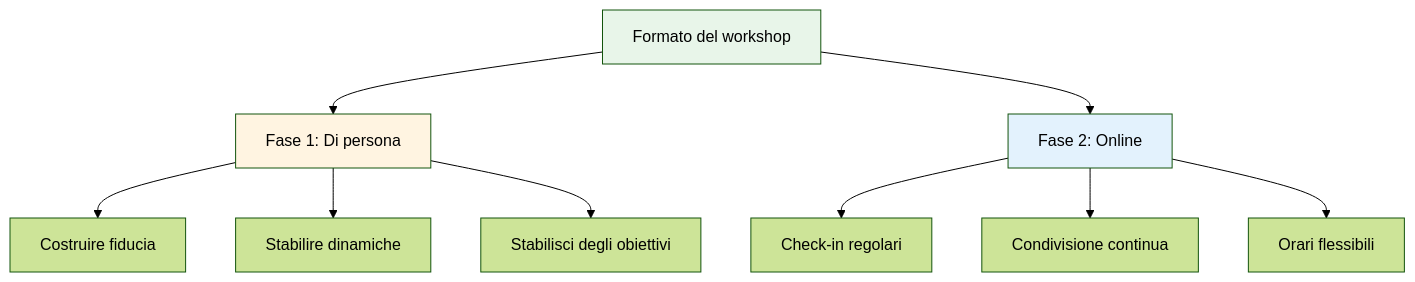
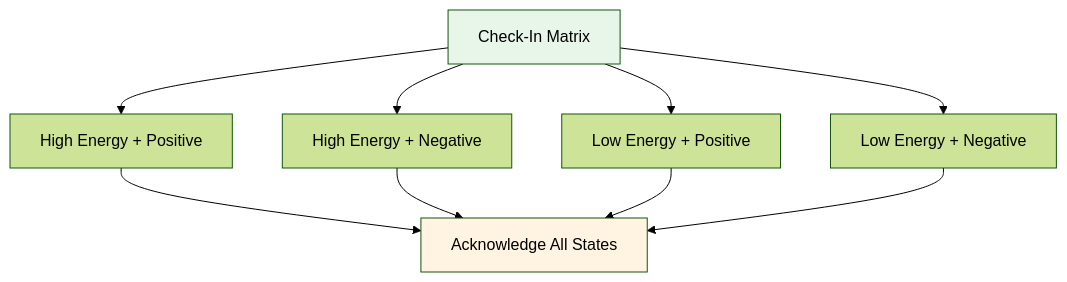
Before and after one commit to patwii/petanque-academy: the third of 4 diagrams in docs/it/workshop.md, drawn with Mermaid (forest theme). The commit also changed other lines of this file and 259 other files, not shown here.

````diff
--- a/docs/it/workshop.md
+++ b/docs/it/workshop.md
@@ -39,17 +132,15 @@
 ```mermaid
 graph TD
-    A[Formato del workshop] --> B[Fase 1: Di persona]
-    A --> C[Fase 2: Online]
+    A[Check-In Matrix] --> B[High Energy + Positive]
+    A --> C[High Energy + Negative]
+    A --> D[Low Energy + Positive]
+    A --> E[Low Energy + Negative]
 
-    B --> D[Costruire fiducia]
-    B --> E[Stabilire dinamiche]
-    B --> F[Stabilisci degli obiettivi]
-
-    C --> G[Check-in regolari]
-    C --> H[Condivisione continua]
-    C --> I[Orari flessibili]
+    B --> F[Acknowledge All States]
+    C --> F
+    D --> F
+    E --> F
 
     style A fill:#e8f5e9
-    style B fill:#fff4e1
-    style C fill:#e3f2fd
+    style F fill:#fff4e1
 ```
````
